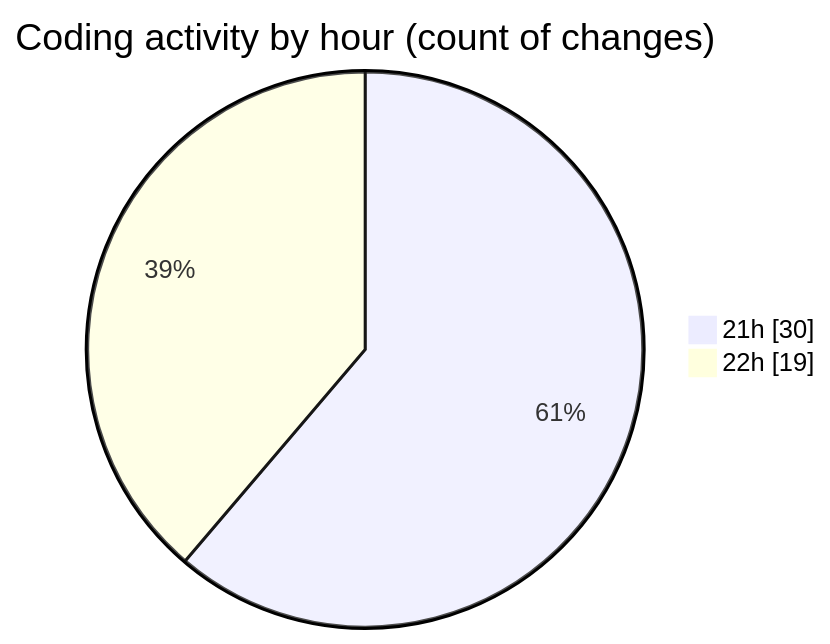
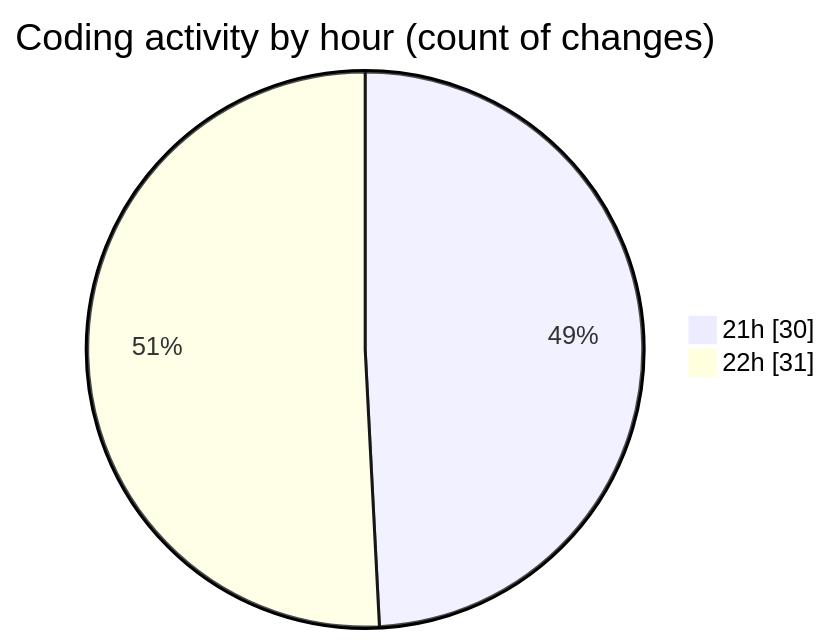
Before and after one commit to Ritupan-Deka/code-tracking: the second of 2 diagrams in 2026-01-02/dsa/README.md, drawn with Mermaid. The commit also changed other lines of this file and 1 other file, not shown here.

````diff
--- a/2026-01-02/dsa/README.md
+++ b/2026-01-02/dsa/README.md
@@ -31,6 +31,6 @@
 ```mermaid
 pie showData
 title Coding activity by hour (count of changes)
 "21h" : 30
-"22h" : 19
+"22h" : 31
 ```
````
